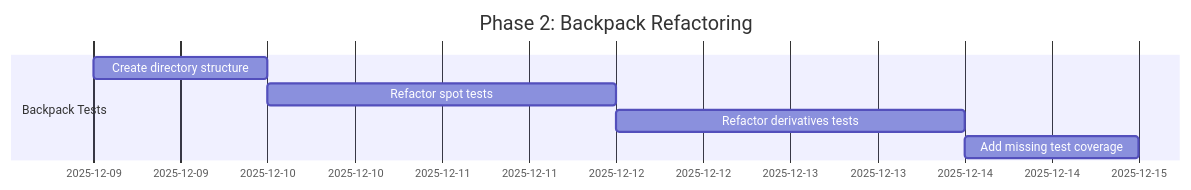
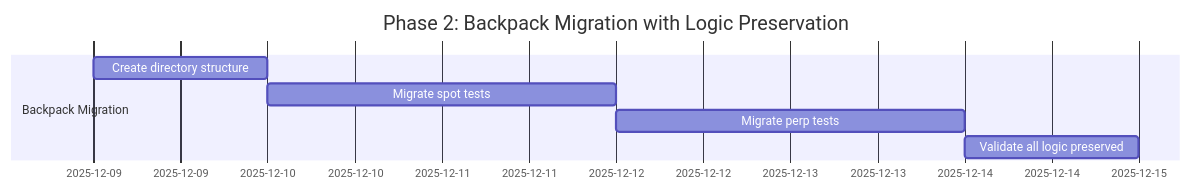
One commit to plataplomo/hummingbot changed the second of 4 diagrams in workflow/integration_tests_refactor_plan.md. Above: the diagram before and after it, drawn with Mermaid. The commit also changed other lines of this file and 5 other files, not shown here.

Commit message:
Add pytest markers for spot and balance scenarios; restructure integration test directories

````diff
--- a/workflow/integration_tests_refactor_plan.md
+++ b/workflow/integration_tests_refactor_plan.md
@@ -531,10 +432,10 @@
 ```mermaid
 gantt
-    title Phase 2: Backpack Refactoring
+    title Phase 2: Backpack Migration with Logic Preservation
     dateFormat  YYYY-MM-DD
-    section Backpack Tests
+    section Backpack Migration
     Create directory structure  :2025-12-09, 1d
-    Refactor spot tests        :2025-12-10, 2d
-    Refactor derivatives tests :2025-12-12, 2d
-    Add missing test coverage  :2025-12-14, 1d
+    Migrate spot tests         :2025-12-10, 2d
+    Migrate perp tests         :2025-12-12, 2d
+    Validate all logic preserved :2025-12-14, 1d
 ```
````
